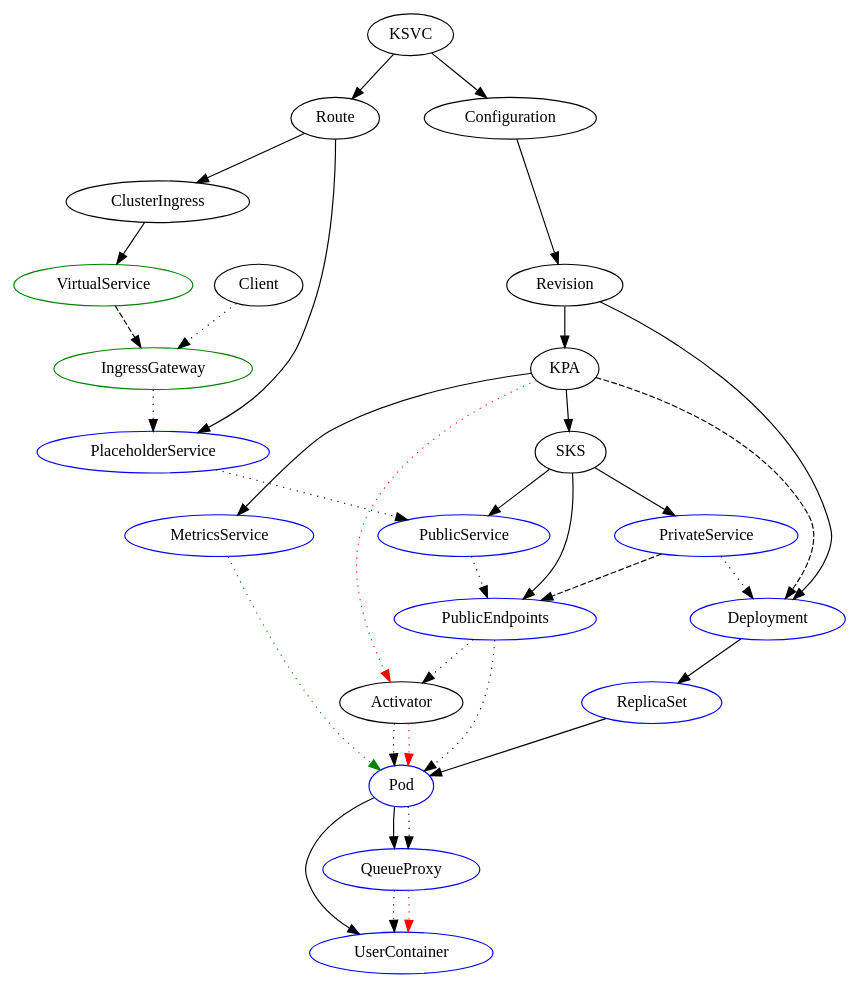
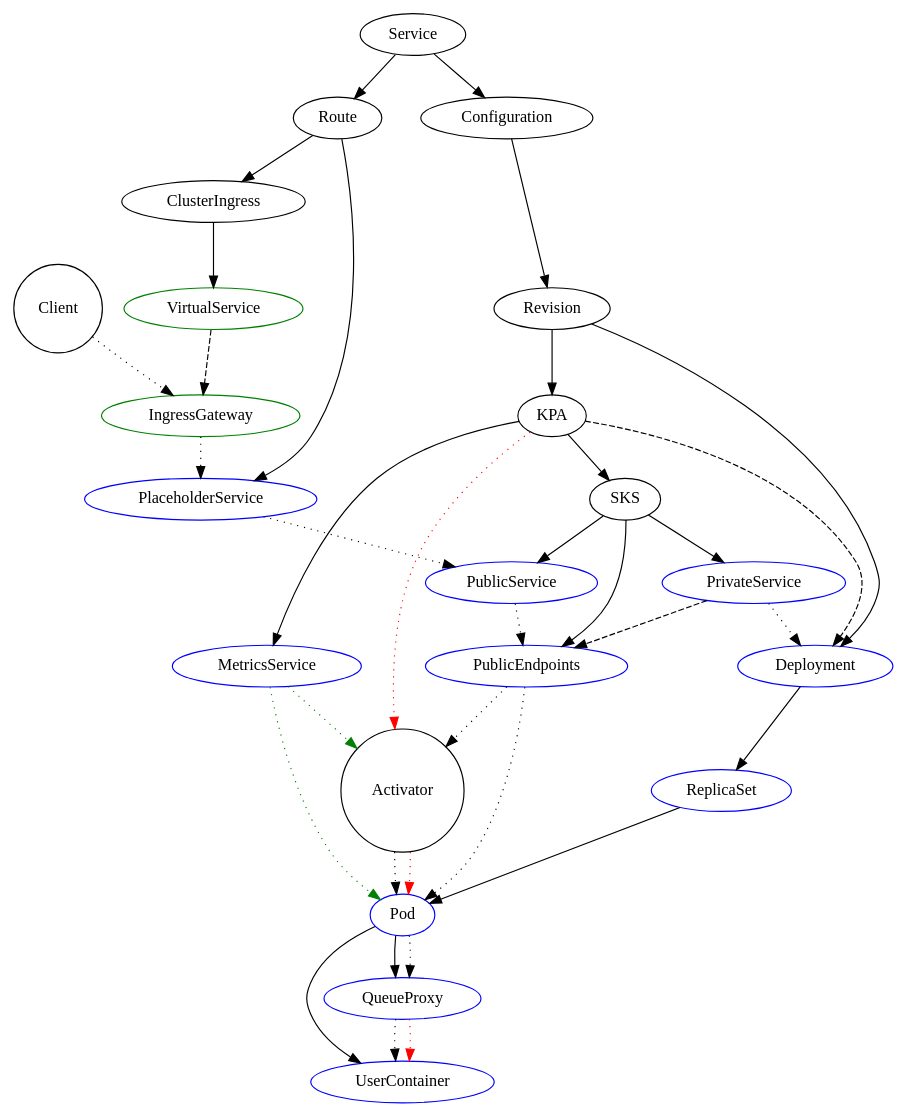
One commit to jonjohnsonjr/graphviz changed the diagram in src/traffic.dot. Above: the diagram before and after it, drawn with Graphviz. The commit also changed 5 other files, not shown here.

```diff
--- a/src/traffic.dot
+++ b/src/traffic.dot
@@ -1,70 +1,77 @@
 digraph TrafficGraph {
-  KSVC -> Configuration
-  KSVC -> Route
+  Service -> Configuration
+  Service -> Route
 
   Revision -> Deployment
   Revision -> KPA
 
   KPA -> SKS
   KPA -> MetricsService
   KPA -> Deployment [style=dashed]
 
   Route -> ClusterIngress
   Route -> PlaceholderService
 
   ClusterIngress -> VirtualService
 
   Configuration -> Revision
 
   SKS -> PublicService
   SKS -> PublicEndpoints
   SKS -> PrivateService
 
   Deployment -> ReplicaSet
 
   ReplicaSet -> Pod
 
   Pod -> UserContainer
   Pod -> QueueProxy
 
   VirtualService -> IngressGateway [style=dashed]
 
   PrivateService -> PublicEndpoints [style=dashed]
 
   // Traffic flow
   Client -> IngressGateway [style=dotted]
   IngressGateway -> PlaceholderService [style=dotted]
   PlaceholderService -> PublicService [style=dotted]
   PublicService -> PublicEndpoints [style=dotted]
   PublicEndpoints -> Pod [style=dotted]
   PublicEndpoints -> Activator [style=dotted]
   Activator -> Pod [style=dotted]
   Pod -> QueueProxy [style=dotted]
   QueueProxy -> UserContainer [style=dotted]
 
   PrivateService -> Deployment [style=dotted]
 
   // Probes
   KPA -> Activator [style=dotted,color=red]
   Activator -> Pod [style=dotted,color=red]
   QueueProxy -> UserContainer [style=dotted,color=red]
 
-  // Scrape
+  // Scrape metrics
   MetricsService -> Pod [style=dotted,color=green]
+
+  // Push metrics
+  MetricsService  -> Activator [style=dotted,color=green]
 
   // Kubernetes
   Deployment [color=blue]
   ReplicaSet [color=blue]
   Pod [color=blue]
   PublicService [color=blue]
   PublicEndpoints [color=blue]
   PrivateService [color=blue]
   MetricsService [color=blue]
   PlaceholderService [color=blue]
   QueueProxy [color=blue]
   UserContainer [color=blue]
 
   // Istio
   VirtualService [color=green]
   IngressGateway [color=green]
+
+  // Singleton
+  Activator [shape=circle]
+  Client [shape=circle]
 }
```
